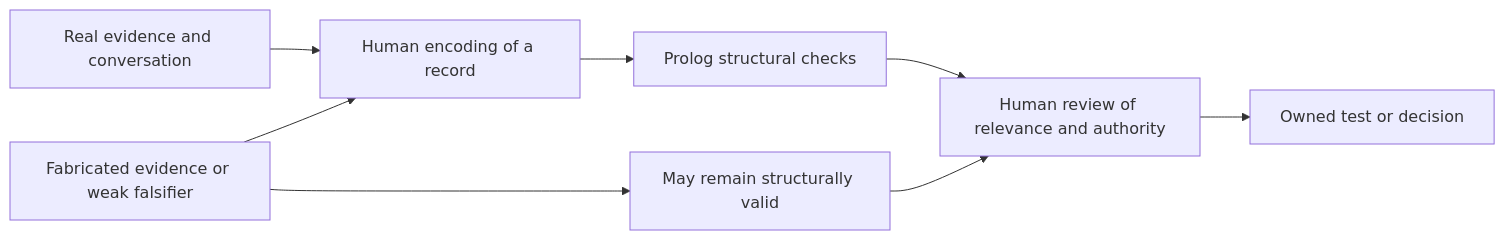
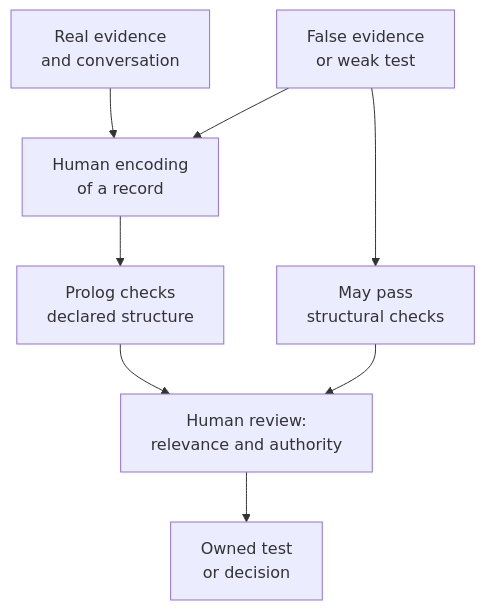
The ninth of 9 diagrams in docs/guide.md (maciejjankowski/zizkian), drawn with Mermaid before and after one commit. The commit also changed other lines of this file and 69 other files, not shown here.

Commit message:
fix: preserve JSON types and leave passing records awaiting human review

````diff
--- a/docs/guide.md
+++ b/docs/guide.md
@@ -246,10 +231,10 @@
 ```mermaid
-flowchart LR
-    A[Real evidence and conversation] --> B[Human encoding of a record]
-    B --> C[Prolog structural checks]
-    C --> D[Human review of relevance and authority]
-    D --> E[Owned test or decision]
-    X[Fabricated evidence or weak falsifier] --> B
-    X --> Y[May remain structurally valid]
+flowchart TD
+    A["Real evidence<br/>and conversation"] --> B["Human encoding<br/>of a record"]
+    B --> C["Prolog checks<br/>declared structure"]
+    C --> D["Human review:<br/>relevance and authority"]
+    D --> E["Owned test<br/>or decision"]
+    X["False evidence<br/>or weak test"] --> B
+    X --> Y["May pass<br/>structural checks"]
     Y --> D
 ```
````
